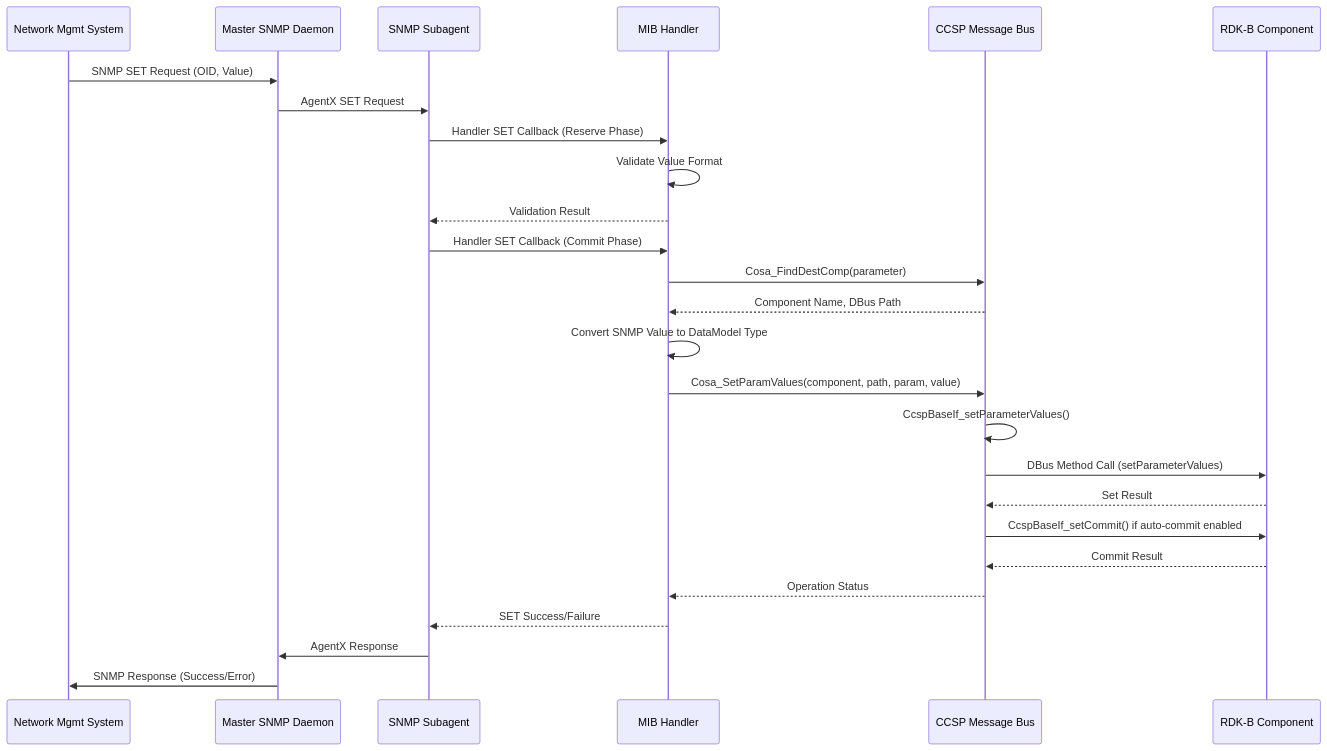
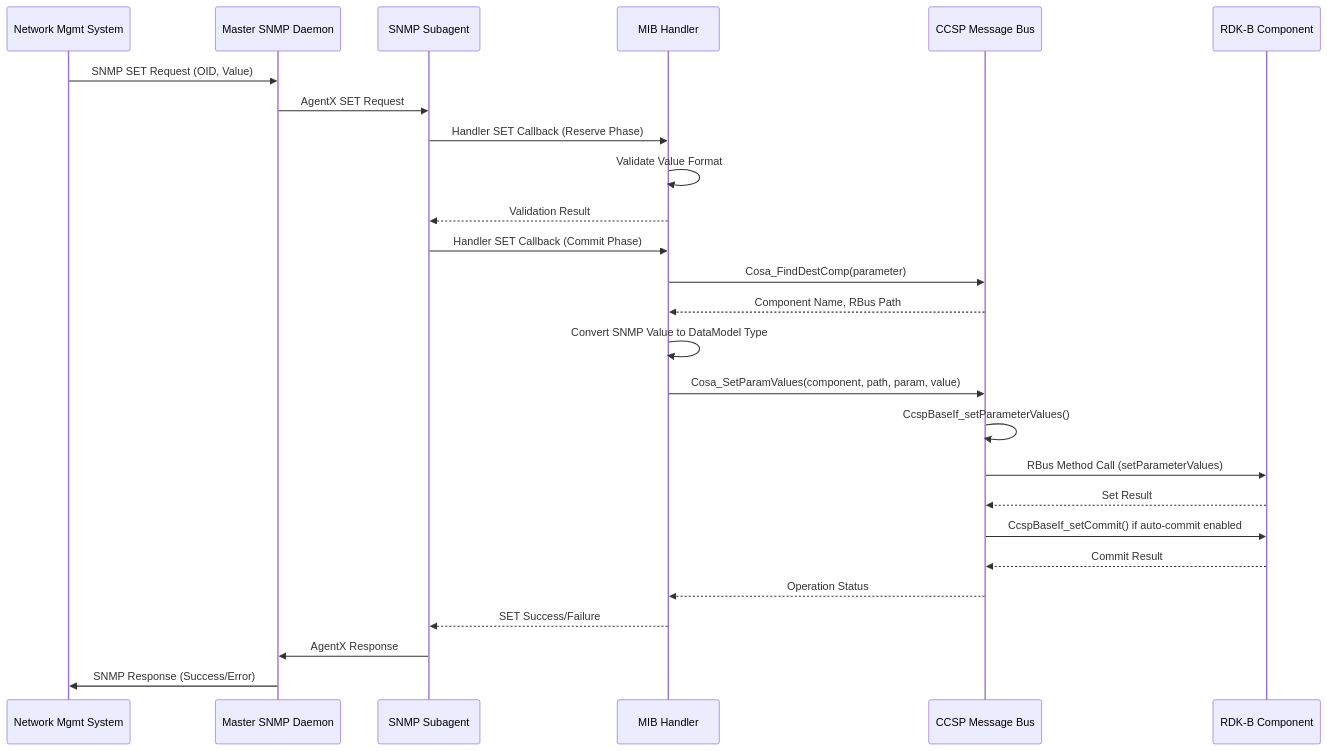
One commit to rns21/RDK_Documentation changed the sixth of 9 diagrams in docs/docu/dec17/snmp-protocol-agent-feb27.md. Above: the diagram before and after it, drawn with Mermaid. The commit also changed other lines of this file, not shown here.

````diff
--- a/docs/docu/dec17/snmp-protocol-agent-feb27.md
+++ b/docs/docu/dec17/snmp-protocol-agent-feb27.md
@@ -360,35 +352,35 @@
 ```mermaid
 sequenceDiagram
     participant NMS as Network Mgmt System
     participant MasterSNMP as Master SNMP Daemon
     participant SubAgent as SNMP Subagent
     participant Handler as MIB Handler
     participant CCSP as CCSP Message Bus
     participant Component as RDK-B Component
 
     NMS->>MasterSNMP: SNMP SET Request (OID, Value)
     MasterSNMP->>SubAgent: AgentX SET Request
     
     SubAgent->>Handler: Handler SET Callback (Reserve Phase)
     Handler->>Handler: Validate Value Format
     Handler-->>SubAgent: Validation Result
     
     SubAgent->>Handler: Handler SET Callback (Commit Phase)
     Handler->>CCSP: Cosa_FindDestComp(parameter)
-    CCSP-->>Handler: Component Name, DBus Path
+    CCSP-->>Handler: Component Name, RBus Path
     
     Handler->>Handler: Convert SNMP Value to DataModel Type
     Handler->>CCSP: Cosa_SetParamValues(component, path, param, value)
     CCSP->>CCSP: CcspBaseIf_setParameterValues()
-    CCSP->>Component: DBus Method Call (setParameterValues)
+    CCSP->>Component: RBus Method Call (setParameterValues)
     Component-->>CCSP: Set Result
     
     CCSP->>Component: CcspBaseIf_setCommit() if auto-commit enabled
     Component-->>CCSP: Commit Result
     
     CCSP-->>Handler: Operation Status
     Handler-->>SubAgent: SET Success/Failure
     
     SubAgent->>MasterSNMP: AgentX Response
     MasterSNMP->>NMS: SNMP Response (Success/Error)
 ```
````
